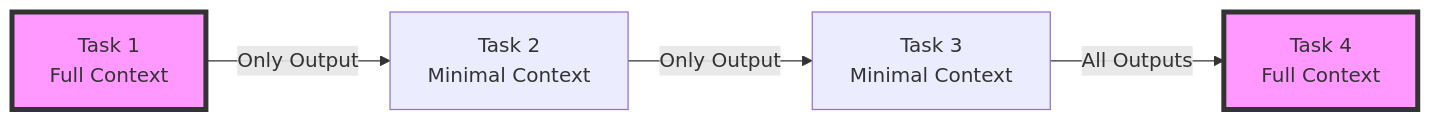
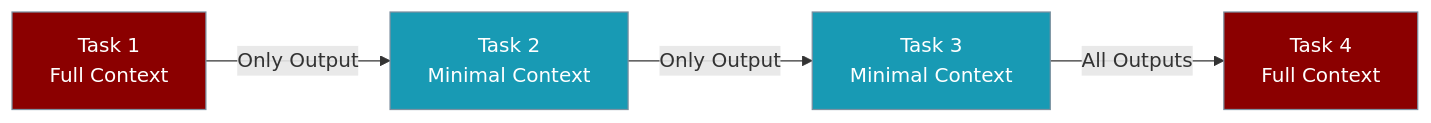
One commit to MervinPraison/PraisonAIDocs changed the diagram in docs/features/task-context-control.mdx. Above: the diagram before and after it, drawn with Mermaid. The commit also changed other lines of this file and 4 other files, not shown here.

````diff
--- a/docs/features/task-context-control.mdx
+++ b/docs/features/task-context-control.mdx
@@ -11,9 +35,12 @@
 ```mermaid
 graph LR
     A[Task 1<br/>Full Context] -->|Only Output| B[Task 2<br/>Minimal Context]
     B -->|Only Output| C[Task 3<br/>Minimal Context]
     C -->|All Outputs| D[Task 4<br/>Full Context]
-    
-    style A fill:#f9f,stroke:#333,stroke-width:4px
-    style D fill:#f9f,stroke:#333,stroke-width:4px
+
+    classDef agent fill:#8B0000,stroke:#7C90A0,color:#fff
+    classDef tool fill:#189AB4,stroke:#7C90A0,color:#fff
+
+    class A,D agent
+    class B,C tool
 ```
````
